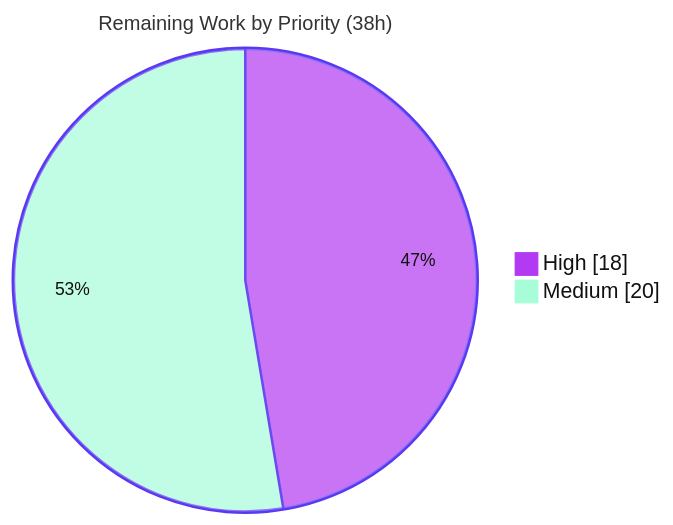
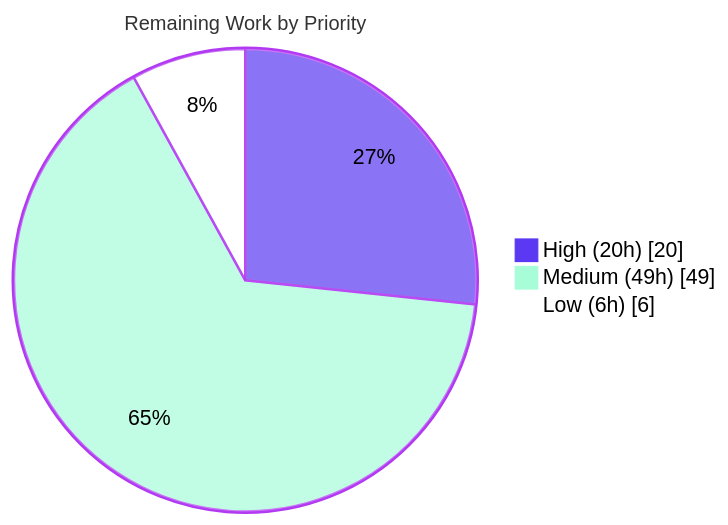
One commit to blitzy-public-samples/aws-carddemo-blitzy changed the third of 3 diagrams in blitzy/documentation/Project Guide.md. Above: the diagram before and after it, drawn with Mermaid. The commit also changed other lines of this file, not shown here.

Commit message:
Adding Blitzy Project Guide: Project Status and Human Tasks Remaining

````diff
--- a/blitzy/documentation/Project Guide.md
+++ b/blitzy/documentation/Project Guide.md
@@ -223,6 +210,7 @@
 ```mermaid
-%%{init: {'theme':'base','themeVariables':{'pie1':'#B23AF2','pie2':'#A8FDD9','pieStrokeColor':'#5B39F3','pieStrokeWidth':'2px','pieOuterStrokeColor':'#5B39F3','pieTitleTextSize':'16px','pieSectionTextSize':'14px','pieSectionTextColor':'#111111','pieLegendTextColor':'#111111'}}}%%
-pie showData title Remaining Work by Priority (38h)
-    "High" : 18
-    "Medium" : 20
+%%{init: {'theme':'base','themeVariables':{'pie1':'#5B39F3','pie2':'#A8FDD9','pie3':'#FFFFFF','pieStrokeColor':'#B23AF2','pieStrokeWidth':'2px','pieOuterStrokeColor':'#B23AF2','pieSectionTextColor':'#000000','pieLegendTextColor':'#000000','pieTitleTextSize':'16px'}}}%%
+pie showData title Remaining Work by Priority
+    "High (20h)" : 20
+    "Medium (49h)" : 49
+    "Low (6h)" : 6
 ```
````
